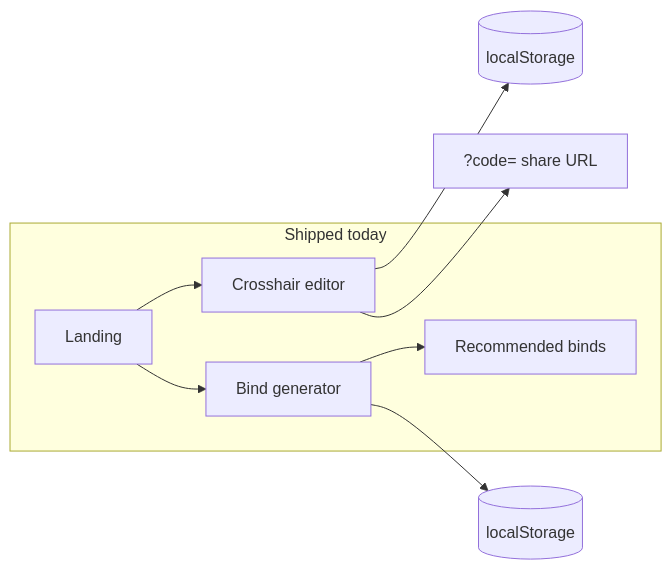
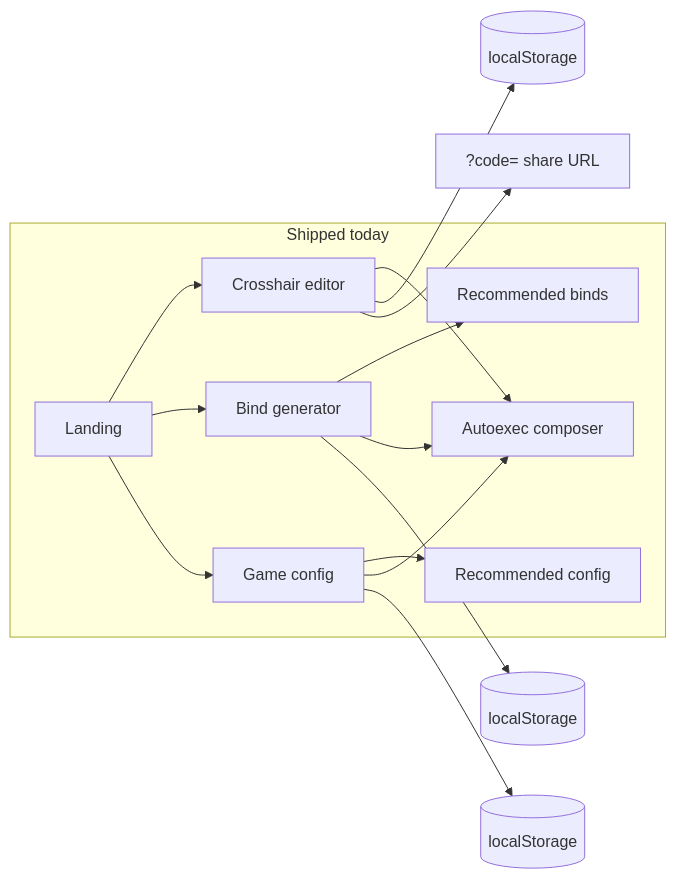
Before and after one commit to percdotdev/bindr: the first of 4 diagrams in .docs/SPEC.md, drawn with Mermaid. The commit also changed other lines of this file, not shown here.

First line of the commit message:
docs(spec): mark config and autoexec phases shipped

````diff
--- a/.docs/SPEC.md
+++ b/.docs/SPEC.md
@@ -54,15 +54,24 @@
 ```mermaid
 flowchart LR
   subgraph shipped [Shipped today]
     Home[Landing]
     XH[Crosshair editor]
     Binds[Bind generator]
     Rec[Recommended binds]
+    Cfg[Game config]
+    CfgRec[Recommended config]
+    AE[Autoexec composer]
   end
   Home --> XH
   Home --> Binds
+  Home --> Cfg
   Binds --> Rec
+  Cfg --> CfgRec
+  XH --> AE
+  Cfg --> AE
+  Binds --> AE
   XH --> LS1[(localStorage)]
   Binds --> LS2[(localStorage)]
+  Cfg --> LS3[(localStorage)]
   XH --> URL["?code= share URL"]
 ```
````
